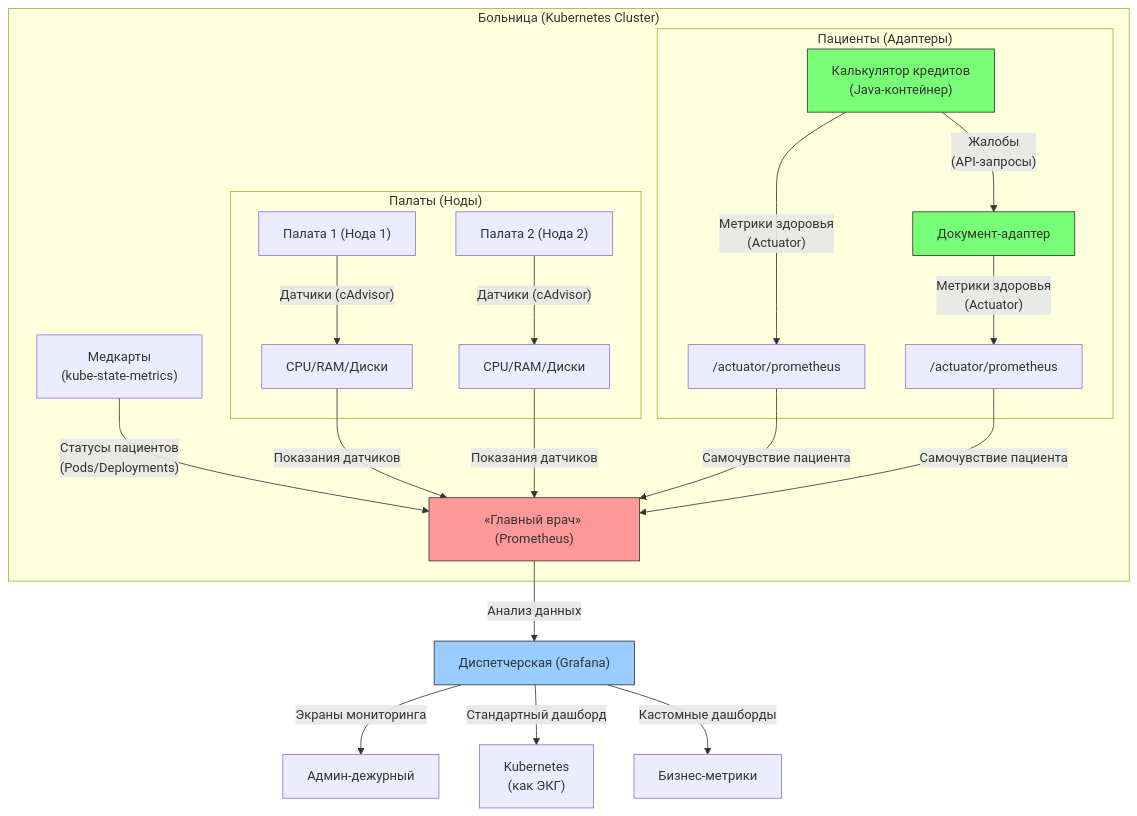
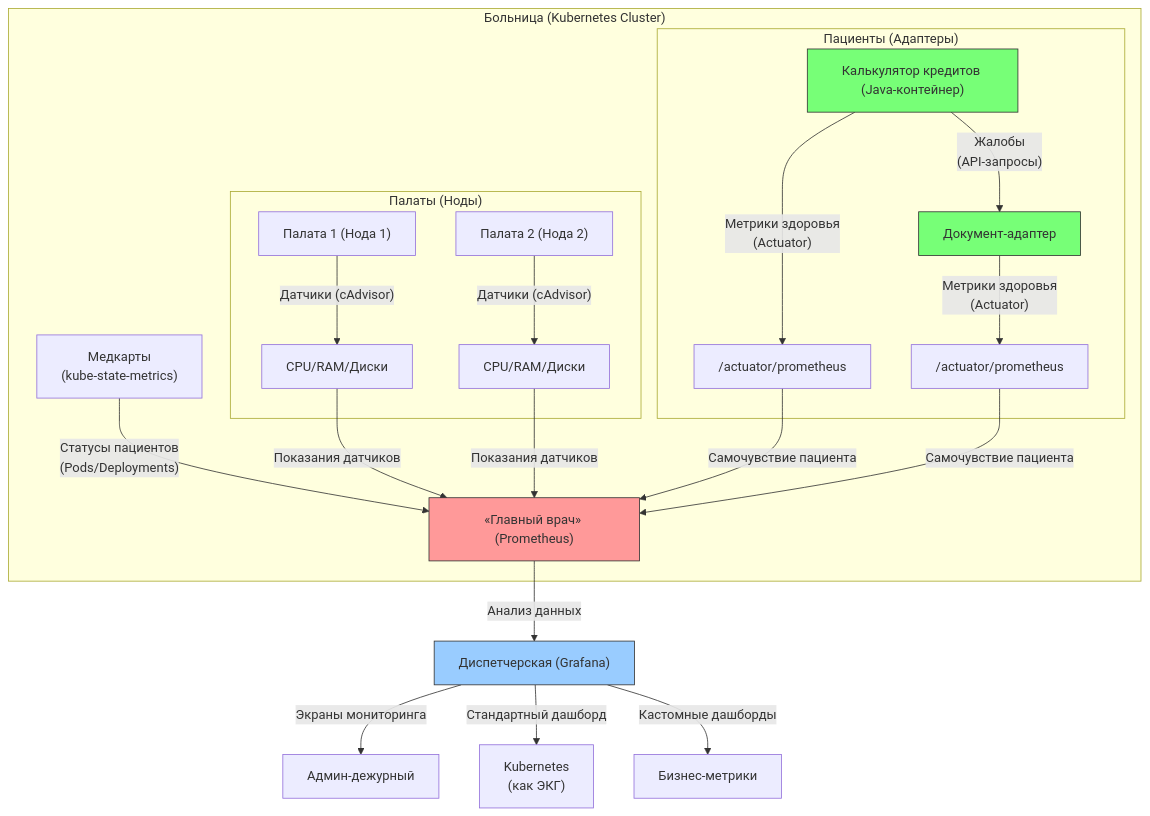
One commit to lamjob1993/kubernetes-monitoring changed the diagram in kubernetes/legend/2. Проводим аналогию.md. Above: the diagram before and after it, drawn with Mermaid.

Commit message:
Update 2. Проводим аналогию.md

````diff
--- a/kubernetes/legend/2. Проводим аналогию.md
+++ b/kubernetes/legend/2. Проводим аналогию.md
@@ -3,31 +3,31 @@
 ```mermaid
 flowchart TD
     subgraph "Больница (Kubernetes Cluster)"
         subgraph "Палаты (Ноды)"
             Палата1["Палата 1 (Нода 1)"] --> |"Датчики (cAdvisor)"| Мониторы1["CPU/RAM/Диски"]
             Палата2["Палата 2 (Нода 2)"] --> |"Датчики (cAdvisor)"| Мониторы2["CPU/RAM/Диски"]
         end
 
         subgraph "Пациенты (Адаптеры)"
-            Калькулятор["Калькулятор кредитов \n (Java-контейнер)"] --> |"Жалобы\n(API-запросы)"| Документы["Документ-адаптер"]
+            Калькулятор["Калькулятор кредитов (Java-контейнер)"] --> |"Жалобы\n(API-запросы)"| Документы["Документ-адаптер"]
             Калькулятор --> |"Метрики здоровья\n(Actuator)"| МедКарта1["/actuator/prometheus"]
             Документы --> |"Метрики здоровья\n(Actuator)"| МедКарта2["/actuator/prometheus"]
         end
 
         МедКарты["Медкарты\n(kube-state-metrics)"] --> |"Статусы пациентов\n(Pods/Deployments)"| ГлавВрач
         Мониторы1 --> |"Показания датчиков"| ГлавВрач
         Мониторы2 --> |"Показания датчиков"| ГлавВрач
         МедКарта1 --> |"Самочувствие пациента"| ГлавВрач
         МедКарта2 --> |"Самочувствие пациента"| ГлавВрач
     end
 
     ГлавВрач["«Главный врач» (Prometheus)"] --> |"Анализ данных"| Диспетчерская["Диспетчерская (Grafana)"]
     Диспетчерская --> |"Экраны мониторинга"| Администратор["Админ-дежурный"]
     Диспетчерская --> |"Стандартный дашборд"| ЭКГ["Kubernetes\n(как ЭКГ)"]
     Диспетчерская --> |"Кастомные дашборды"| СпецМониторы["Бизнес-метрики"]
 
     style ГлавВрач fill:#ff9999,stroke:#333
     style Диспетчерская fill:#99ccff,stroke:#333
     style Калькулятор fill:#7f7,stroke:#333
     style Документы fill:#7f7,stroke:#333
 ```
````
